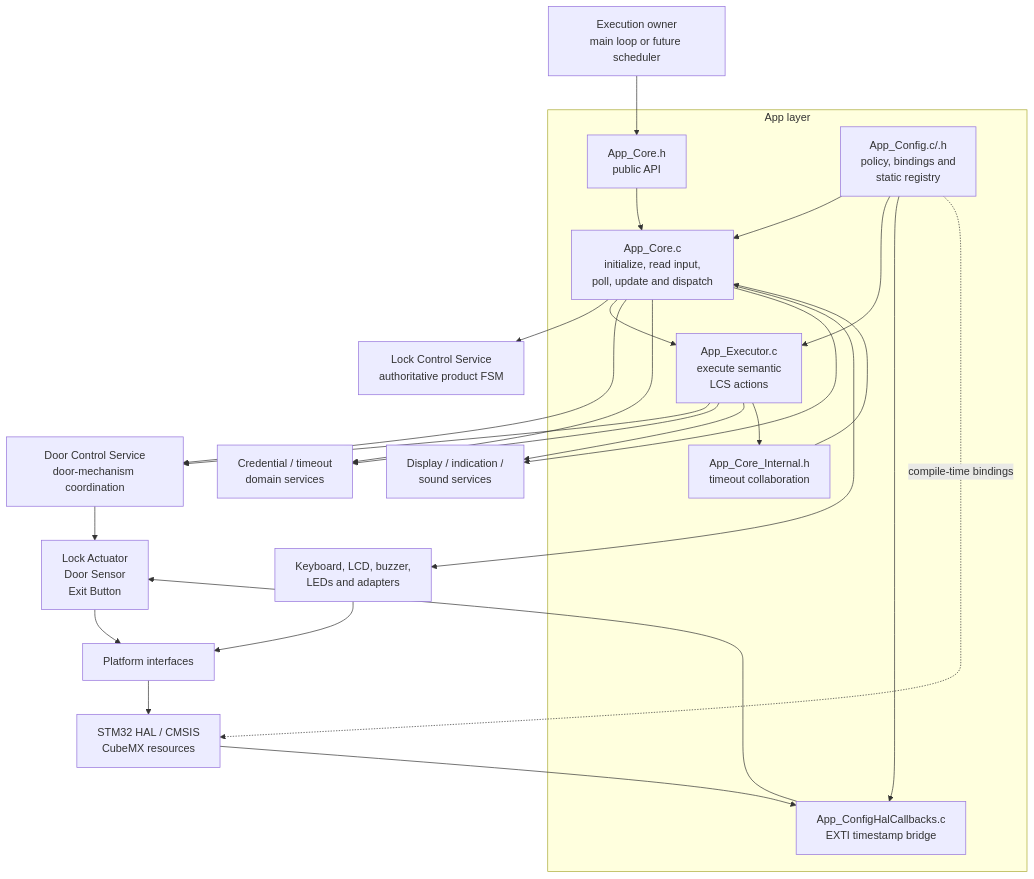
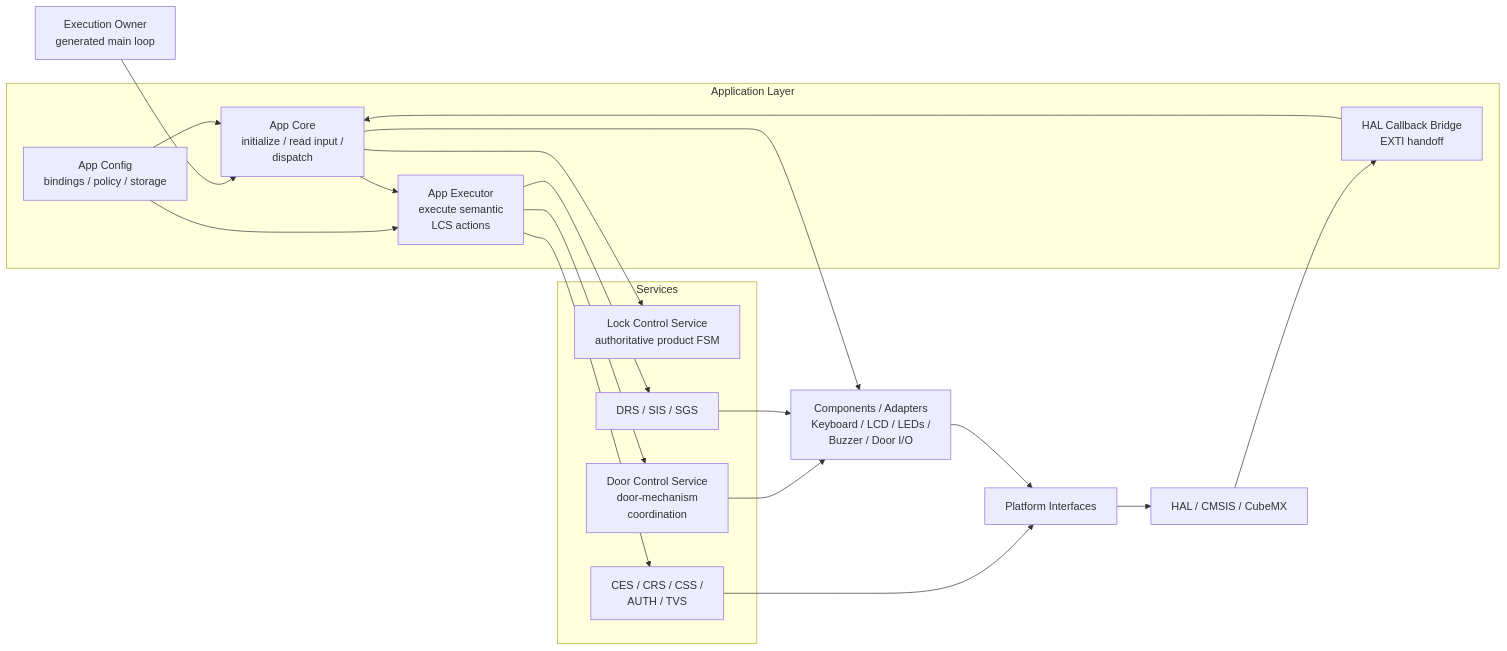
Before and after one commit to JP-REY/STM32F103C8T6-Based-Electronic-Lock: the first of 4 diagrams in App/README.md, drawn with Mermaid. The commit also changed other lines of this file and 22 other files, not shown here.

First line of the commit message:
docs: update project architecture and module documentation

````diff
--- a/App/README.md
+++ b/App/README.md
@@ -188,50 +144,44 @@
 ```mermaid
-flowchart TB
-    MAIN["Execution owner<br/>main loop or future scheduler"]
+flowchart LR
+    MAIN["Execution Owner<br/>generated main loop"]
 
-    subgraph APP["App layer"]
-        API["App_Core.h<br/>public API"]
-        CORE["App_Core.c<br/>initialize, read input,<br/>poll, update and dispatch"]
-        EXEC["App_Executor.c<br/>execute semantic<br/>LCS actions"]
-        CONFIG["App_Config.c/.h<br/>policy, bindings and<br/>static registry"]
-        HALCB["App_ConfigHalCallbacks.c<br/>EXTI timestamp bridge"]
-        INTERNAL["App_Core_Internal.h<br/>timeout collaboration"]
+    subgraph APP["Application Layer"]
+        APPCORE["App Core<br/>initialize / read input / <br/>dispatch"]
+        APPEXEC["App Executor<br/>execute semantic <br/>LCS actions"]
+        APPCFG["App Config<br/>bindings / policy / storage"]
+        HALCB["HAL Callback Bridge<br/>EXTI handoff"]
     end
 
-    LCS["Lock Control Service<br/>authoritative product FSM"]
-    DCS["Door Control Service<br/>door-mechanism coordination"]
-    DOMAIN["Credential / timeout<br/>domain services"]
-    UI["Display / indication /<br/>sound services"]
-    DOORCOMP["Lock Actuator<br/>Door Sensor<br/>Exit Button"]
-    OTHERCOMP["Keyboard, LCD, buzzer,<br/>LEDs and adapters"]
-    PLATFORM["Platform interfaces"]
-    HAL["STM32 HAL / CMSIS<br/>CubeMX resources"]
+    subgraph SERVICES["Services"]
+        LCS["Lock Control Service<br/>authoritative product FSM"]
+        DCS["Door Control Service<br/>door-mechanism <br/>coordination"]
+        DOMAIN["CES / CRS / CSS /<br/> AUTH / TVS"]
+        UI["DRS / SIS / SGS"]
+    end
 
-    MAIN --> API --> CORE
+    COMPONENTS["Components / Adapters<br/>Keyboard / LCD / LEDs /<br/> Buzzer / Door I/O"]
+    PLATFORM["Platform Interfaces"]
+    HAL["HAL / CMSIS / CubeMX"]
 
-    CONFIG --> CORE
-    CONFIG --> EXEC
-    CONFIG --> HALCB
+    MAIN --> APPCORE
 
-    CORE --> LCS
-    CORE --> EXEC
-    CORE --> DCS
-    CORE --> DOMAIN
-    CORE --> UI
-    CORE --> OTHERCOMP
+    APPCFG --> APPCORE
+    APPCFG --> APPEXEC
+    HAL --> HALCB
+    HALCB --> APPCORE
 
-    EXEC --> DCS
-    EXEC --> DOMAIN
-    EXEC --> UI
-    EXEC --> INTERNAL --> CORE
+    APPCORE --> LCS
+    APPCORE --> APPEXEC
 
-    DCS --> DOORCOMP
-    OTHERCOMP --> PLATFORM
-    DOORCOMP --> PLATFORM
+    APPEXEC --> DCS
+    APPEXEC --> DOMAIN
+    APPEXEC --> UI
+
+    APPCORE --> COMPONENTS
+    DCS --> COMPONENTS
+    UI --> COMPONENTS
+
+    DOMAIN --> PLATFORM
+    COMPONENTS --> PLATFORM
     PLATFORM --> HAL
-
-    HAL --> HALCB
-    HALCB --> DOORCOMP
-
-    CONFIG -. "compile-time bindings" .-> HAL
 ```
````
